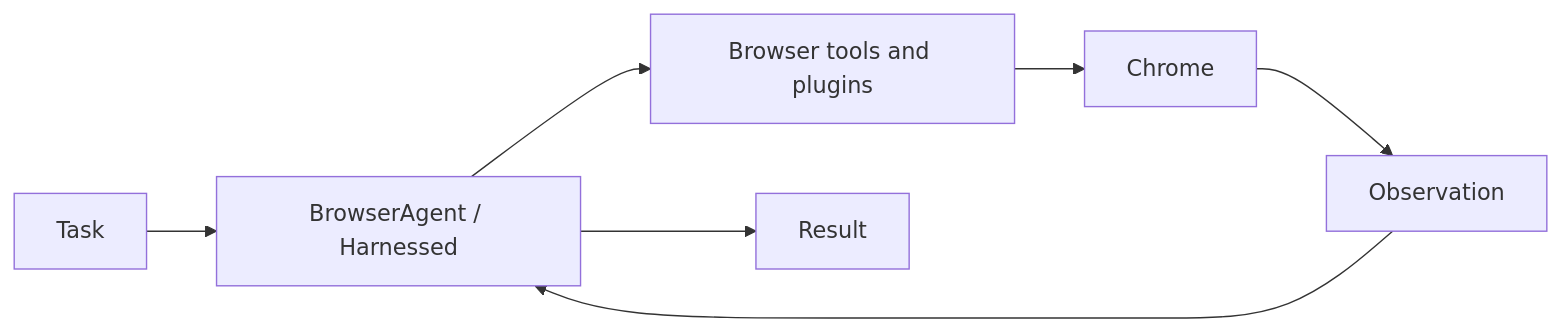
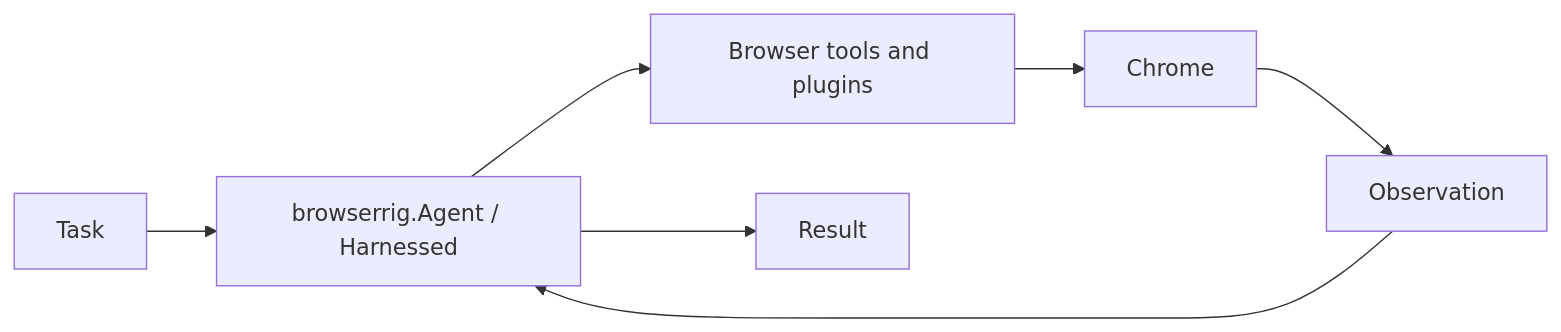
The diagram in docs/agent-guide.md (mathisarends/browserrig), drawn with Mermaid before and after one commit. The commit also changed other lines of this file and 36 other files, not shown here.

First line of the commit message:
refactor: compose browser agents from plugins and rename BrowserAgent to Agent

````diff
--- a/docs/agent-guide.md
+++ b/docs/agent-guide.md
@@ -5,9 +5,9 @@
 ```mermaid
 flowchart LR
-    Task --> Agent[BrowserAgent / Harnessed]
+    Task --> Agent[browserrig.Agent / Harnessed]
     Agent --> Tools[Browser tools and plugins]
     Tools --> Browser[Chrome]
     Browser --> Observation
     Observation --> Agent
     Agent --> Result
 ```
````
